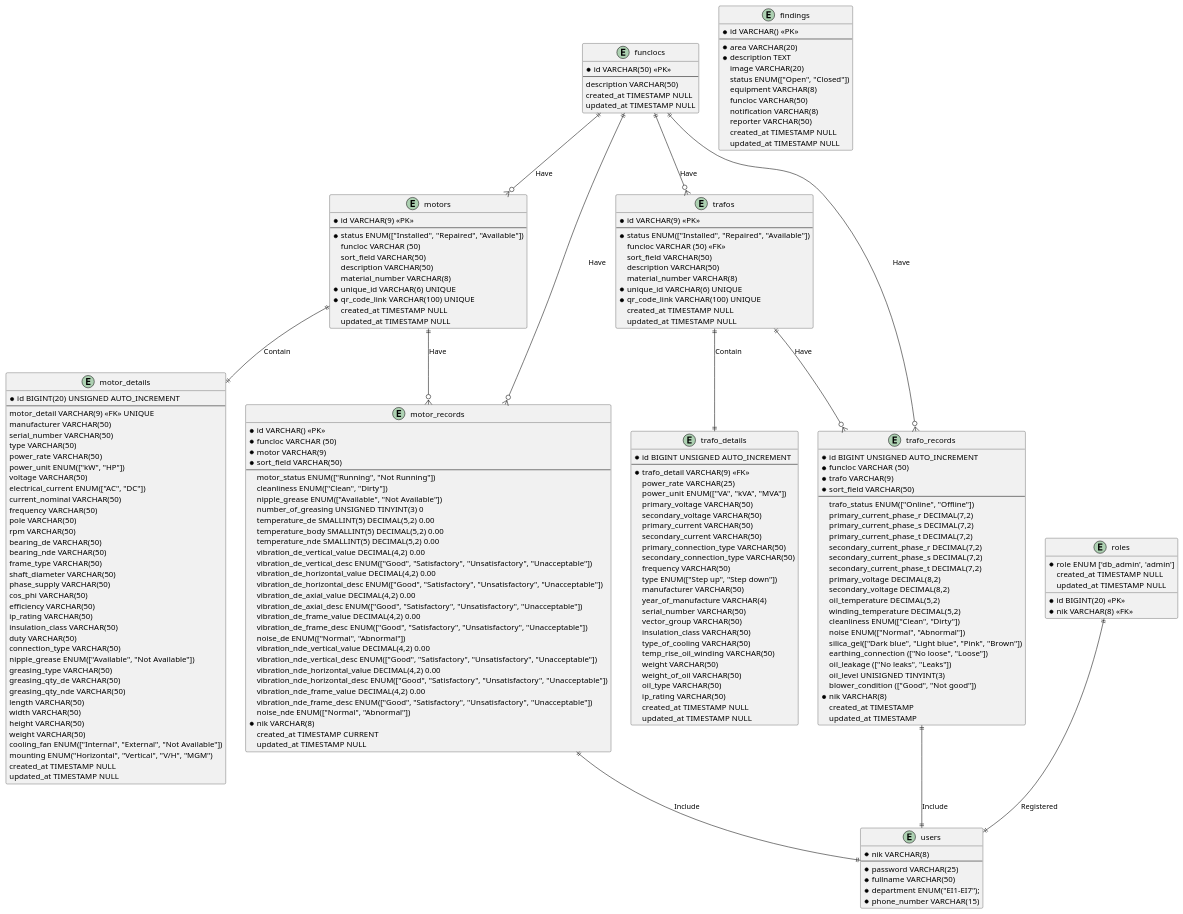
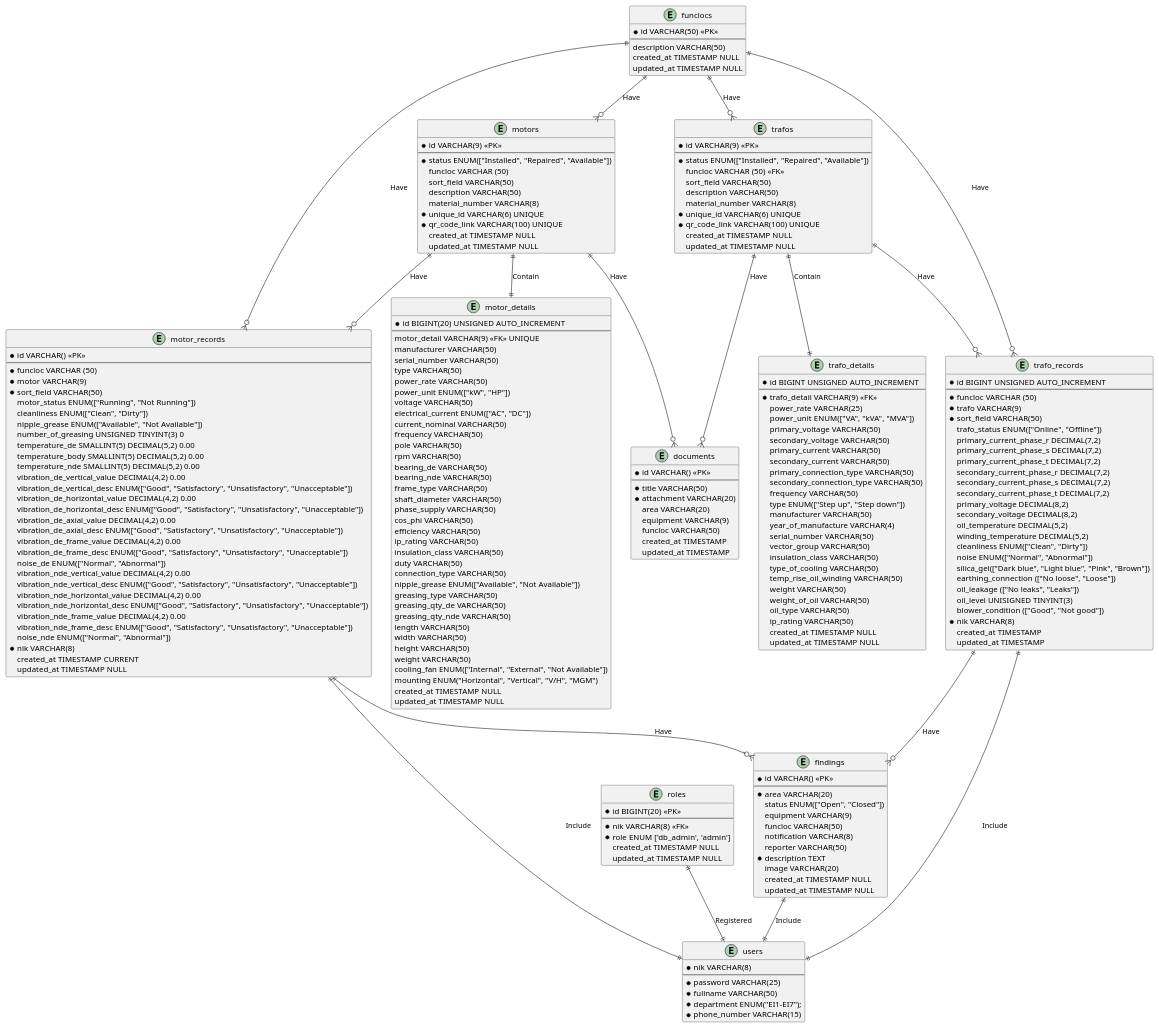
One commit to doniduaasattuu/fajar-e-maintenance changed the diagram in docs/fajar_e_maintenance.puml. Above: the diagram before and after it, drawn with PlantUML. The commit also changed 15 other files, not shown here.

```diff
--- a/docs/fajar_e_maintenance.puml
+++ b/docs/fajar_e_maintenance.puml
@@ -2,26 +2,26 @@
 
 entity funclocs
 {
-    * id VARCHAR(50) <<PK>>
-    --
-      description VARCHAR(50)
-      created_at TIMESTAMP NULL
-      updated_at TIMESTAMP NULL
+  * id VARCHAR(50) <<PK>>
+  --
+    description VARCHAR(50)
+    created_at TIMESTAMP NULL
+    updated_at TIMESTAMP NULL
 }
 
 entity motors
 {
-    * id VARCHAR(9) <<PK>>
-    --
-    * status ENUM(["Installed", "Repaired", "Available"])
-      funcloc VARCHAR (50)
-      sort_field VARCHAR(50)
-      description VARCHAR(50)
-      material_number VARCHAR(8)
-    * unique_id VARCHAR(6) UNIQUE
-    * qr_code_link VARCHAR(100) UNIQUE
-      created_at TIMESTAMP NULL
-      updated_at TIMESTAMP NULL
+  * id VARCHAR(9) <<PK>>
+  --
+  * status ENUM(["Installed", "Repaired", "Available"])
+    funcloc VARCHAR (50)
+    sort_field VARCHAR(50)
+    description VARCHAR(50)
+    material_number VARCHAR(8)
+  * unique_id VARCHAR(6) UNIQUE
+  * qr_code_link VARCHAR(100) UNIQUE
+    created_at TIMESTAMP NULL
+    updated_at TIMESTAMP NULL
 }
 
 entity motor_details {
@@ -65,89 +65,90 @@
 }
 
 entity motor_records {
-    * id VARCHAR() <<PK>>
-    * funcloc VARCHAR (50)
-    * motor VARCHAR(9)
-    * sort_field VARCHAR(50)
-    --
-      motor_status ENUM(["Running", "Not Running"])
-      cleanliness ENUM(["Clean", "Dirty"])
-      nipple_grease ENUM(["Available", "Not Available"])
-      number_of_greasing UNSIGNED TINYINT(3) 0
-      temperature_de SMALLINT(5) DECIMAL(5,2) 0.00
-      temperature_body SMALLINT(5) DECIMAL(5,2) 0.00
-      temperature_nde SMALLINT(5) DECIMAL(5,2) 0.00    
-      vibration_de_vertical_value DECIMAL(4,2) 0.00
-      vibration_de_vertical_desc ENUM(["Good", "Satisfactory", "Unsatisfactory", "Unacceptable"]) 
-      vibration_de_horizontal_value DECIMAL(4,2) 0.00
-      vibration_de_horizontal_desc ENUM(["Good", "Satisfactory", "Unsatisfactory", "Unacceptable"]) 
-      vibration_de_axial_value DECIMAL(4,2) 0.00
-      vibration_de_axial_desc ENUM(["Good", "Satisfactory", "Unsatisfactory", "Unacceptable"])  
-      vibration_de_frame_value DECIMAL(4,2) 0.00
-      vibration_de_frame_desc ENUM(["Good", "Satisfactory", "Unsatisfactory", "Unacceptable"]) 
-      noise_de ENUM(["Normal", "Abnormal"])
-      vibration_nde_vertical_value DECIMAL(4,2) 0.00
-      vibration_nde_vertical_desc ENUM(["Good", "Satisfactory", "Unsatisfactory", "Unacceptable"]) 
-      vibration_nde_horizontal_value DECIMAL(4,2) 0.00
-      vibration_nde_horizontal_desc ENUM(["Good", "Satisfactory", "Unsatisfactory", "Unacceptable"])   
-      vibration_nde_frame_value DECIMAL(4,2) 0.00
-      vibration_nde_frame_desc ENUM(["Good", "Satisfactory", "Unsatisfactory", "Unacceptable"])   
-      noise_nde ENUM(["Normal", "Abnormal"])
-    * nik VARCHAR(8)
-      created_at TIMESTAMP CURRENT
-      updated_at TIMESTAMP NULL
+  * id VARCHAR() <<PK>>
+  --
+  * funcloc VARCHAR (50)
+  * motor VARCHAR(9)
+  * sort_field VARCHAR(50)
+    motor_status ENUM(["Running", "Not Running"])
+    cleanliness ENUM(["Clean", "Dirty"])
+    nipple_grease ENUM(["Available", "Not Available"])
+    number_of_greasing UNSIGNED TINYINT(3) 0
+    temperature_de SMALLINT(5) DECIMAL(5,2) 0.00
+    temperature_body SMALLINT(5) DECIMAL(5,2) 0.00
+    temperature_nde SMALLINT(5) DECIMAL(5,2) 0.00    
+    vibration_de_vertical_value DECIMAL(4,2) 0.00
+    vibration_de_vertical_desc ENUM(["Good", "Satisfactory", "Unsatisfactory", "Unacceptable"]) 
+    vibration_de_horizontal_value DECIMAL(4,2) 0.00
+    vibration_de_horizontal_desc ENUM(["Good", "Satisfactory", "Unsatisfactory", "Unacceptable"]) 
+    vibration_de_axial_value DECIMAL(4,2) 0.00
+    vibration_de_axial_desc ENUM(["Good", "Satisfactory", "Unsatisfactory", "Unacceptable"])  
+    vibration_de_frame_value DECIMAL(4,2) 0.00
+    vibration_de_frame_desc ENUM(["Good", "Satisfactory", "Unsatisfactory", "Unacceptable"]) 
+    noise_de ENUM(["Normal", "Abnormal"])
+    vibration_nde_vertical_value DECIMAL(4,2) 0.00
+    vibration_nde_vertical_desc ENUM(["Good", "Satisfactory", "Unsatisfactory", "Unacceptable"]) 
+    vibration_nde_horizontal_value DECIMAL(4,2) 0.00
+    vibration_nde_horizontal_desc ENUM(["Good", "Satisfactory", "Unsatisfactory", "Unacceptable"])   
+    vibration_nde_frame_value DECIMAL(4,2) 0.00
+    vibration_nde_frame_desc ENUM(["Good", "Satisfactory", "Unsatisfactory", "Unacceptable"])   
+    noise_nde ENUM(["Normal", "Abnormal"])
+  * nik VARCHAR(8)
+    created_at TIMESTAMP CURRENT
+    updated_at TIMESTAMP NULL
 }
 
 entity users {
-    * nik VARCHAR(8)
-    --
-    * password VARCHAR(25)
-    * fullname VARCHAR(50)
-    * department ENUM("EI1-EI7");
-    * phone_number VARCHAR(15)
+  * nik VARCHAR(8)
+  --
+  * password VARCHAR(25)
+  * fullname VARCHAR(50)
+  * department ENUM("EI1-EI7");
+  * phone_number VARCHAR(15)
 }
 
 entity roles {
-    * id BIGINT(20) <<PK>>
-    * nik VARCHAR(8) <<FK>>
-    * role ENUM ['db_admin', 'admin']
-      created_at TIMESTAMP NULL
-      updated_at TIMESTAMP NULL
+  * id BIGINT(20) <<PK>>
+  --
+  * nik VARCHAR(8) <<FK>>
+  * role ENUM ['db_admin', 'admin']
+    created_at TIMESTAMP NULL
+    updated_at TIMESTAMP NULL
 }
 
 entity findings {
   * id VARCHAR() <<PK>>
   --
   * area VARCHAR(20)
-  * description TEXT
-    image VARCHAR(20)
     status ENUM(["Open", "Closed"])
-    equipment VARCHAR(8)
+    equipment VARCHAR(9)
     funcloc VARCHAR(50)
     notification VARCHAR(8)
     reporter VARCHAR(50)
+  * description TEXT
+    image VARCHAR(20)
     created_at TIMESTAMP NULL
     updated_at TIMESTAMP NULL
 }
 
 entity trafos {
-    * id VARCHAR(9) <<PK>>
-    --
-    * status ENUM(["Installed", "Repaired", "Available"])
-      funcloc VARCHAR (50) <<FK>>
-      sort_field VARCHAR(50)
-      description VARCHAR(50)
-      material_number VARCHAR(8)
-    * unique_id VARCHAR(6) UNIQUE
-    * qr_code_link VARCHAR(100) UNIQUE
-      created_at TIMESTAMP NULL
-      updated_at TIMESTAMP NULL
+  * id VARCHAR(9) <<PK>>
+  --
+  * status ENUM(["Installed", "Repaired", "Available"])
+    funcloc VARCHAR (50) <<FK>>
+    sort_field VARCHAR(50)
+    description VARCHAR(50)
+    material_number VARCHAR(8)
+  * unique_id VARCHAR(6) UNIQUE
+  * qr_code_link VARCHAR(100) UNIQUE
+    created_at TIMESTAMP NULL
+    updated_at TIMESTAMP NULL
 }
 
 entity trafo_details {
-    * id BIGINT UNSIGNED AUTO_INCREMENT
-    --
-    * trafo_detail VARCHAR(9) <<FK>>
+  * id BIGINT UNSIGNED AUTO_INCREMENT
+  --
+  * trafo_detail VARCHAR(9) <<FK>>
     power_rate VARCHAR(25)
     power_unit ENUM(["VA", "kVA", "MVA"])
     primary_voltage VARCHAR(50)
@@ -174,11 +175,11 @@
 }
 
 entity trafo_records {
-    * id BIGINT UNSIGNED AUTO_INCREMENT
-    * funcloc VARCHAR (50)
-    * trafo VARCHAR(9)
-    * sort_field VARCHAR(50)
-    --
+  * id BIGINT UNSIGNED AUTO_INCREMENT
+  --
+  * funcloc VARCHAR (50)
+  * trafo VARCHAR(9)
+  * sort_field VARCHAR(50)
     trafo_status ENUM(["Online", "Offline"])
     primary_current_phase_r DECIMAL(7,2)
     primary_current_phase_s DECIMAL(7,2)
@@ -201,6 +202,18 @@
     created_at TIMESTAMP
     updated_at TIMESTAMP
 }
+
+entity documents {
+  * id VARCHAR() <<PK>>
+  --
+  * title VARCHAR(50)
+  * attachment VARCHAR(20)
+    area VARCHAR(20)
+    equipment VARCHAR(9)
+    funcloc VARCHAR(50)
+    created_at TIMESTAMP
+    updated_at TIMESTAMP
+}
  
 funclocs ||--o{ motors : Have
 funclocs ||--o{ motor_records : Have
@@ -215,4 +228,11 @@
 trafos ||--|| trafo_details : Contain
 trafo_records ||--|| users : Include
 
+findings ||--|| users : Include
+motor_records ||--o{ findings : Have
+trafo_records ||--o{ findings : Have
+
+motors ||--o{ documents : Have
+trafos ||--o{ documents : Have
+
 @enduml
```
